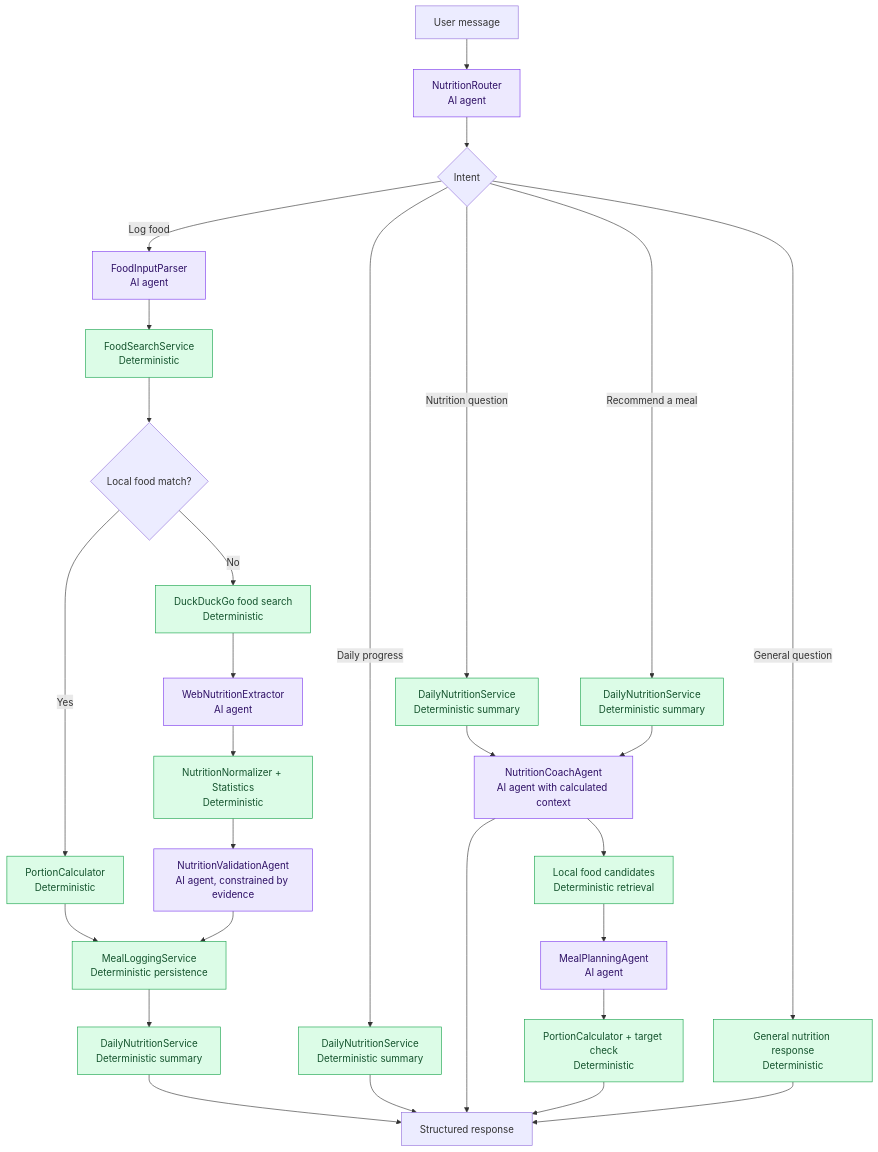
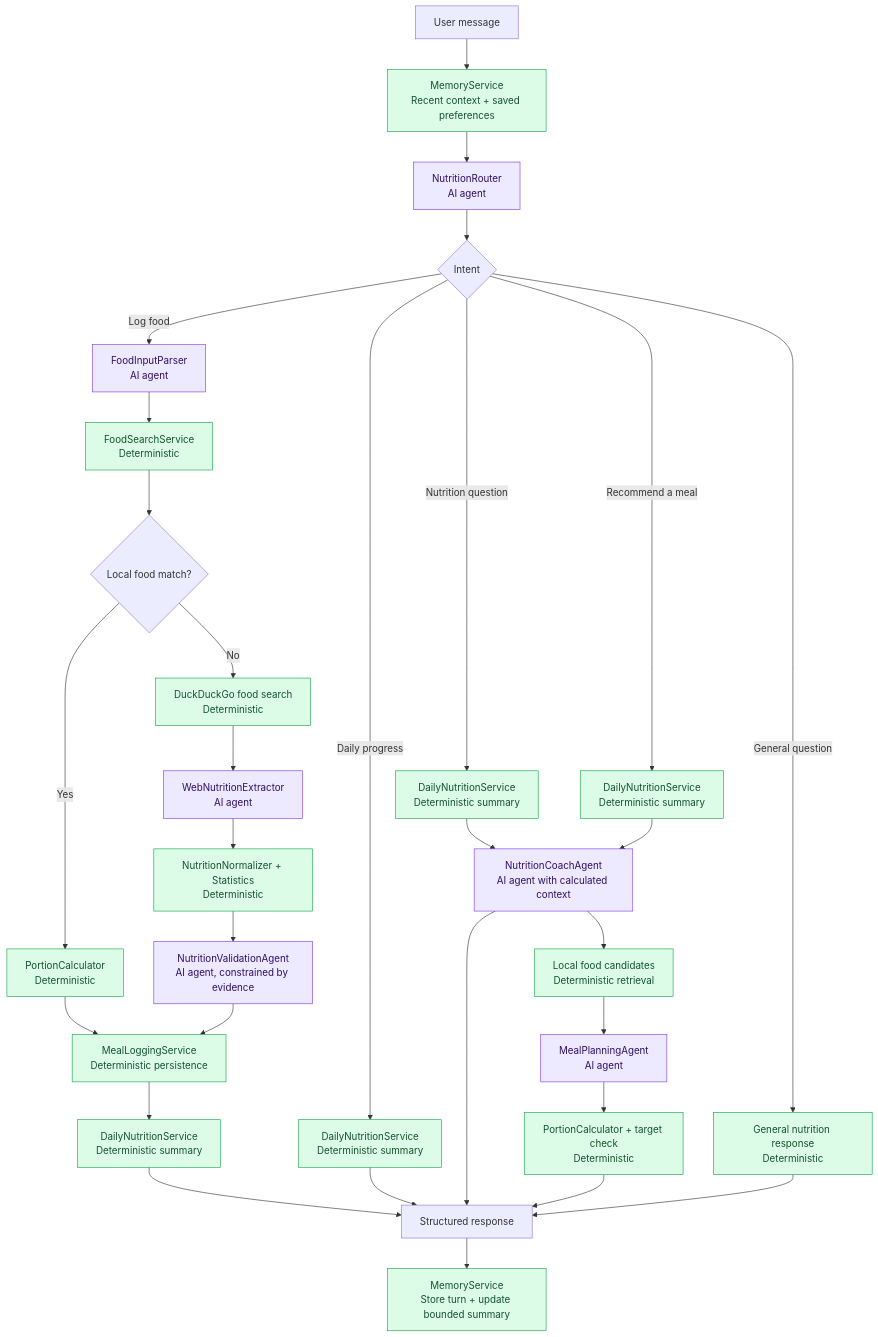
The diagram in README.md (MNGChen/CalorieCoach), drawn with Mermaid before and after one commit. The commit also changed other lines of this file and 24 other files, not shown here.

````diff
--- a/README.md
+++ b/README.md
@@ -112,41 +117,43 @@
 ```mermaid
 flowchart TD
-    U[User message] --> R[NutritionRouter<br/>AI agent]
+    U[User message] --> MEM[MemoryService<br/>Recent context + saved preferences]
+    MEM --> R[NutritionRouter<br/>AI agent]
     R --> I{Intent}
 
     I -- Log food --> FP[FoodInputParser<br/>AI agent]
     FP --> FS[FoodSearchService<br/>Deterministic]
     FS --> LM{Local food match?}
     LM -- Yes --> PC[PortionCalculator<br/>Deterministic]
     LM -- No --> WS[DuckDuckGo food search<br/>Deterministic]
     WS --> WE[WebNutritionExtractor<br/>AI agent]
     WE --> NV[NutritionNormalizer + Statistics<br/>Deterministic]
     NV --> VA[NutritionValidationAgent<br/>AI agent, constrained by evidence]
     PC --> ML[MealLoggingService<br/>Deterministic persistence]
     VA --> ML
     ML --> LD[DailyNutritionService<br/>Deterministic summary]
 
     I -- Daily progress --> DP[DailyNutritionService<br/>Deterministic summary]
 
     I -- Nutrition question --> CQ[DailyNutritionService<br/>Deterministic summary]
     CQ --> CA[NutritionCoachAgent<br/>AI agent with calculated context]
 
     I -- Recommend a meal --> RM[DailyNutritionService<br/>Deterministic summary]
     RM --> CA
     CA --> MC[Local food candidates<br/>Deterministic retrieval]
     MC --> MPA[MealPlanningAgent<br/>AI agent]
     MPA --> MPC[PortionCalculator + target check<br/>Deterministic]
 
     I -- General question --> GR[General nutrition response<br/>Deterministic]
 
     LD --> OUT[Structured response]
     DP --> OUT
     CA --> OUT
     MPC --> OUT
     GR --> OUT
+    OUT --> SM[MemoryService<br/>Store turn + update bounded summary]
 
     classDef agent fill:#ede9fe,stroke:#7c3aed,color:#2e1065;
     classDef deterministic fill:#dcfce7,stroke:#16a34a,color:#14532d;
     class R,FP,WE,VA,CA,MPA agent;
-    class FS,PC,WS,NV,ML,LD,DP,CQ,RM,MC,MPC,GR deterministic;
+    class FS,PC,WS,NV,ML,LD,DP,CQ,RM,MC,MPC,GR,MEM,SM deterministic;
 ```
````
